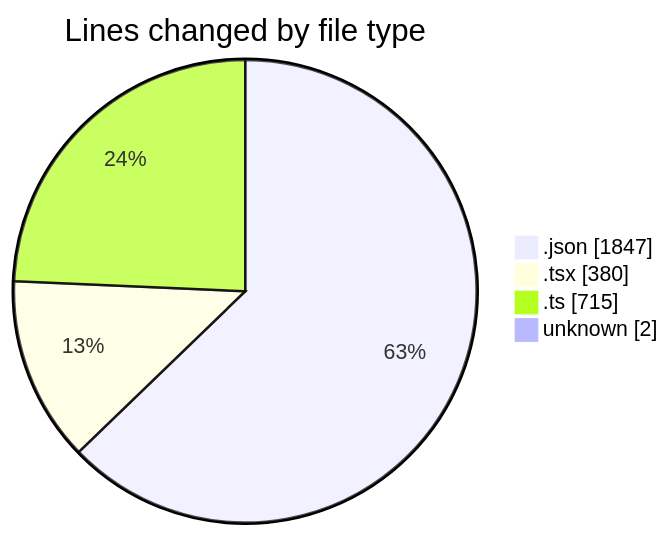
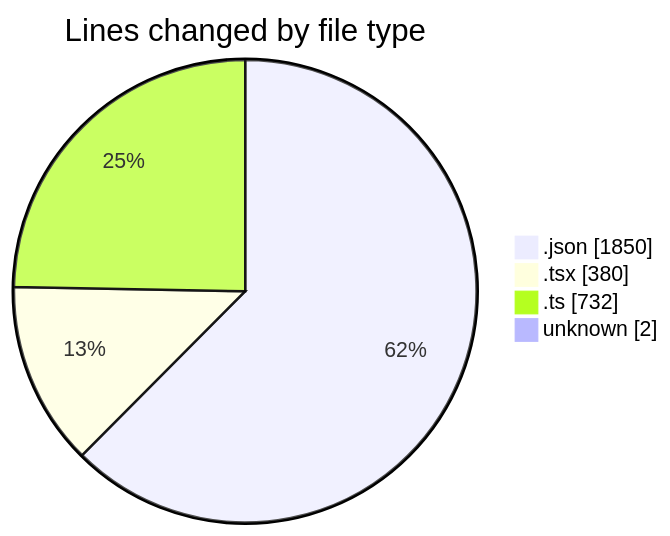
One commit to julien-gomy/code-tracking changed the first of 2 diagrams in 2025-11-19/eventscop-frontend-guide__workspace_/README.md. Above: the diagram before and after it, drawn with Mermaid. The commit also changed other lines of this file and 1 other file, not shown here.

````diff
--- a/2025-11-19/eventscop-frontend-guide__workspace_/README.md
+++ b/2025-11-19/eventscop-frontend-guide__workspace_/README.md
@@ -40,8 +40,8 @@
 ```mermaid
 pie showData
 title Lines changed by file type
-".json" : 1847
+".json" : 1850
 ".tsx" : 380
-".ts" : 715
+".ts" : 732
 "unknown" : 2
 ```
````
